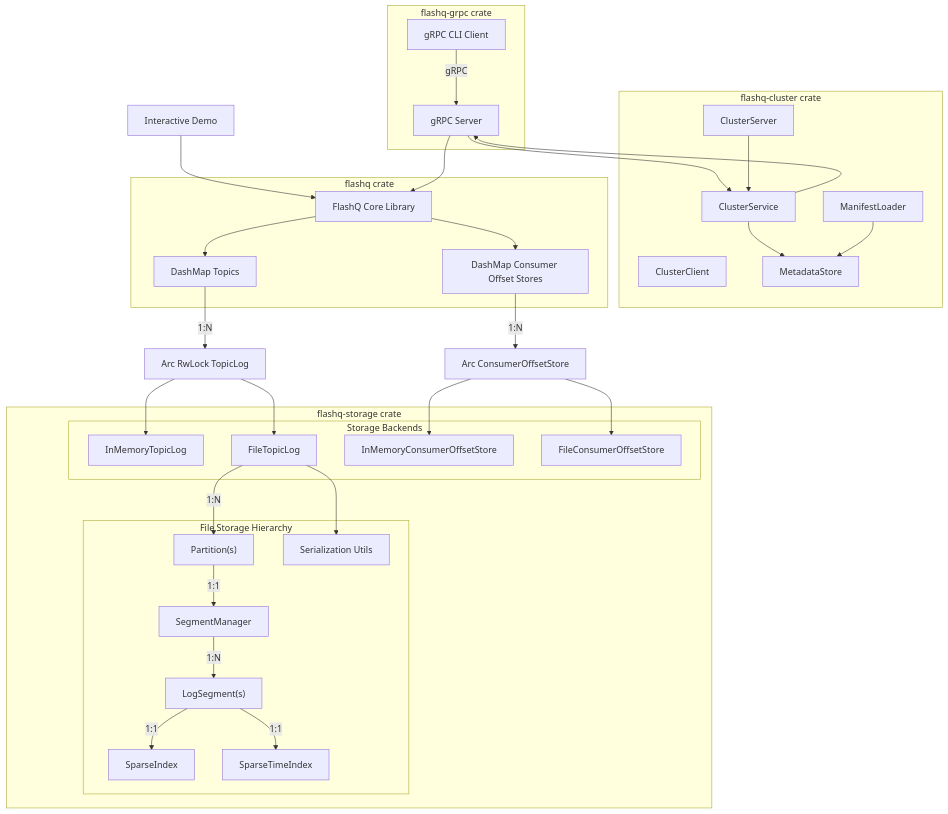
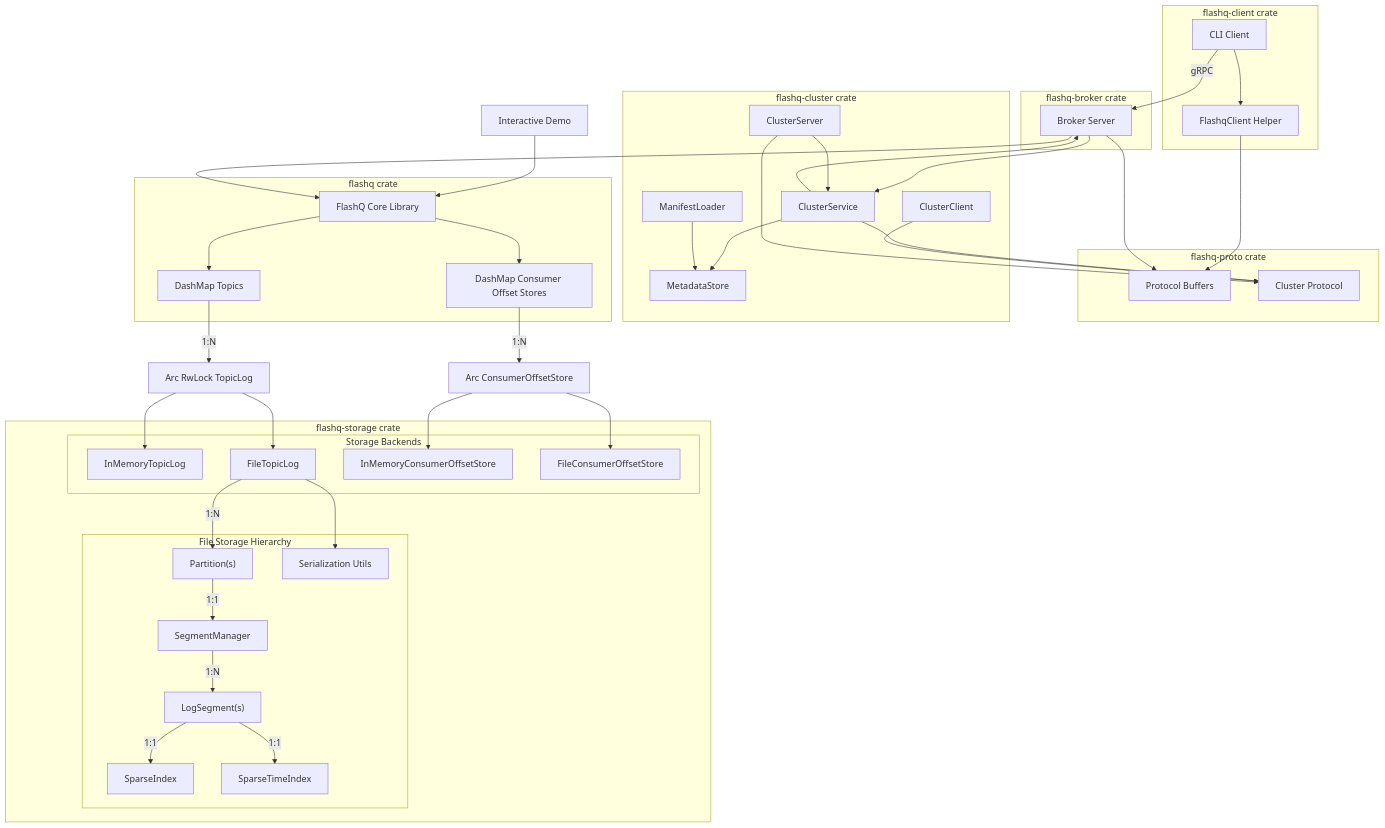
One commit to harshitmahapatra/flashq changed the first of 2 diagrams in docs/architecture.md. Above: the diagram before and after it, drawn with Mermaid. The commit also changed other lines of this file and 35 other files, not shown here.

First line of the commit message:
Restructure workspace: rename flashq-grpc to flashq-broker and extract client (#84)

````diff
--- a/docs/architecture.md
+++ b/docs/architecture.md
@@ -7,60 +7,76 @@
 ```mermaid
 graph TD
-    A2[gRPC CLI Client] -->|gRPC| B2[gRPC Server]
+    A2[CLI Client] -->|gRPC| B2[Broker Server]
     C[Interactive Demo] --> D[FlashQ Core Library]
     B2 --> D
     B2 --> CS[ClusterService]
 
-    subgraph "flashq-grpc crate"
+    subgraph "flashq-client crate"
+        A2
+        FC[FlashqClient Helper]
+    end
+
+    subgraph "flashq-broker crate"
         B2
-        A2
+    end
+
+    subgraph "flashq-proto crate"
+        PB[Protocol Buffers]
+        CB[Cluster Protocol]
     end
 
     subgraph "flashq-cluster crate"
         CS
         CC[ClusterClient]
         CSrv[ClusterServer]
         MS[MetadataStore]
         ML[ManifestLoader]
     end
 
     subgraph "flashq crate"
         D
         E[DashMap Topics]
         F[DashMap Consumer Offset Stores]
     end
+
+    A2 --> FC
+    FC --> PB
+    B2 --> PB
+    CS --> CB
+    CC --> CB
+    CSrv --> CB
 
     D --> E
     D --> F
 
     E -->|"1:N"| G[Arc RwLock TopicLog]
     F -->|"1:N"| H[Arc ConsumerOffsetStore]
 
     CS --> MS
     CS --> B2
     CSrv --> CS
     ML --> MS
 
     subgraph "flashq-storage crate"
         subgraph "Storage Backends"
             I[InMemoryTopicLog]
             J[FileTopicLog]
             K[InMemoryConsumerOffsetStore]
             L[FileConsumerOffsetStore]
         end
 
         subgraph "File Storage Hierarchy"
             J -->|"1:N"| JP["Partition(s)"]
             JP -->|"1:1"| M["SegmentManager"]
             M -->|"1:N"| N["LogSegment(s)"]
             N -->|"1:1"| O["SparseIndex"]
             N -->|"1:1"| Q["SparseTimeIndex"]
             J --> P["Serialization Utils"]
         end
     end
 
     G --> I
     G --> J
     H --> K
     H --> L
 ```
````
